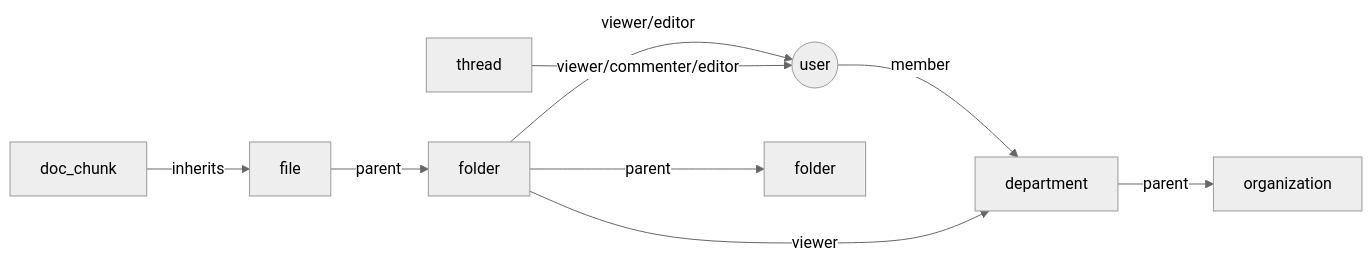
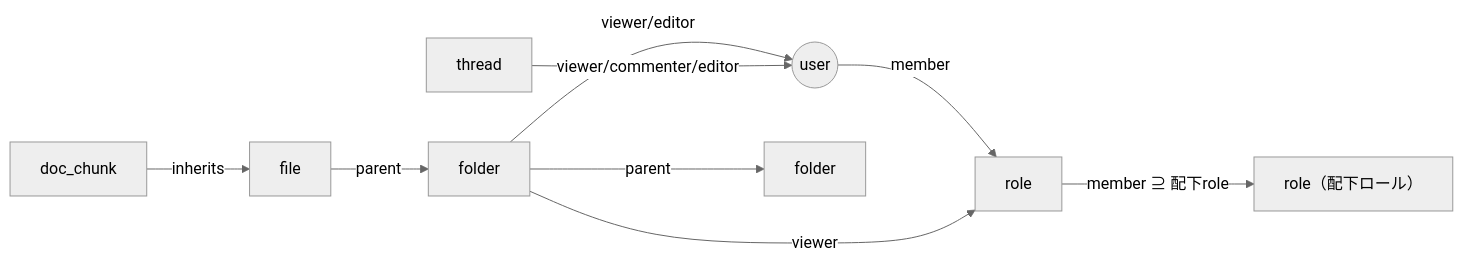
One commit to imanect-labs/shiki-platform changed the third of 8 diagrams in docs/design.md. Above: the diagram before and after it, drawn with Mermaid (neutral theme). The commit also changed other lines of this file and 31 other files, not shown here.

First line of the commit message:
refactor(authz): department を role（階層あり・多対多）へ統一

````diff
--- a/docs/design.md
+++ b/docs/design.md
@@ -128,11 +128,11 @@
 ```mermaid
 flowchart LR
-  user((user)) -->|member| dept[department]
-  dept -->|parent| org[organization]
+  user((user)) -->|member| role[role]
+  role -->|member ⊇ 配下role| childRole[role（配下ロール）]
   folder -->|parent| folder2[folder]
   folder -->|viewer/editor| user
-  folder -->|viewer| dept
+  folder -->|viewer| role
   file -->|parent| folder
   thread -->|viewer/commenter/editor| user
   doc_chunk -->|inherits| file
 ```
````
